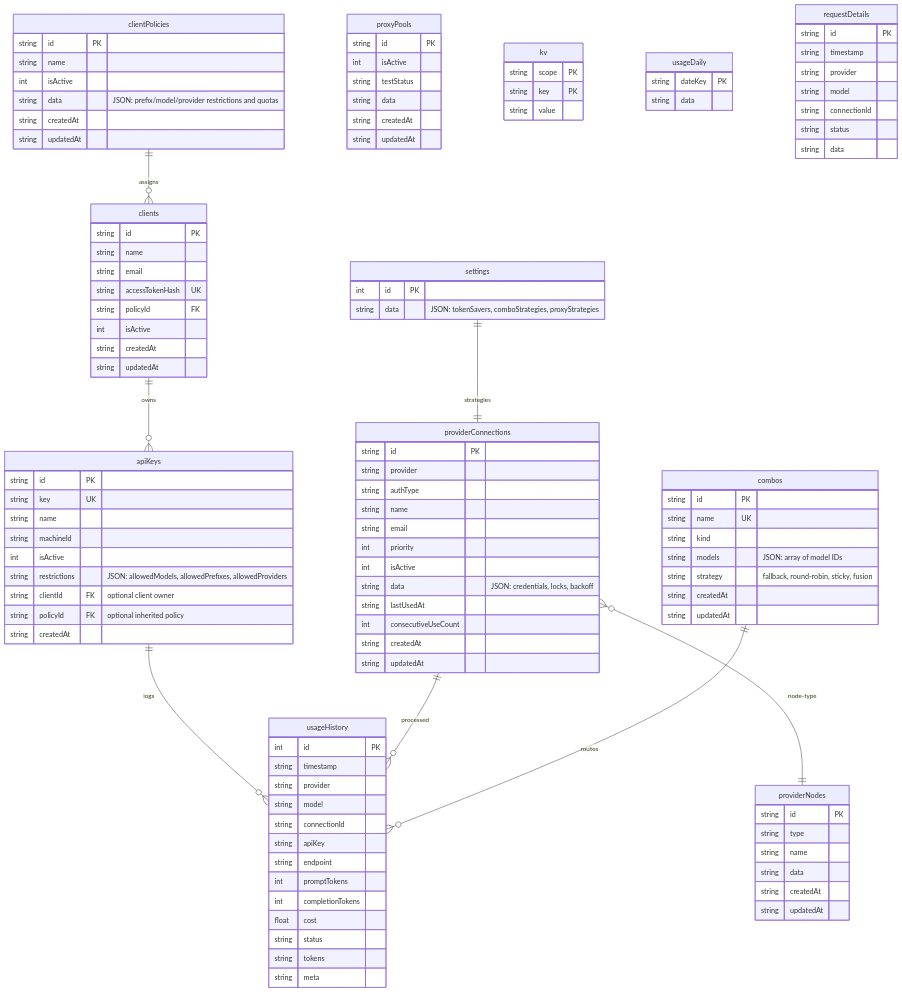
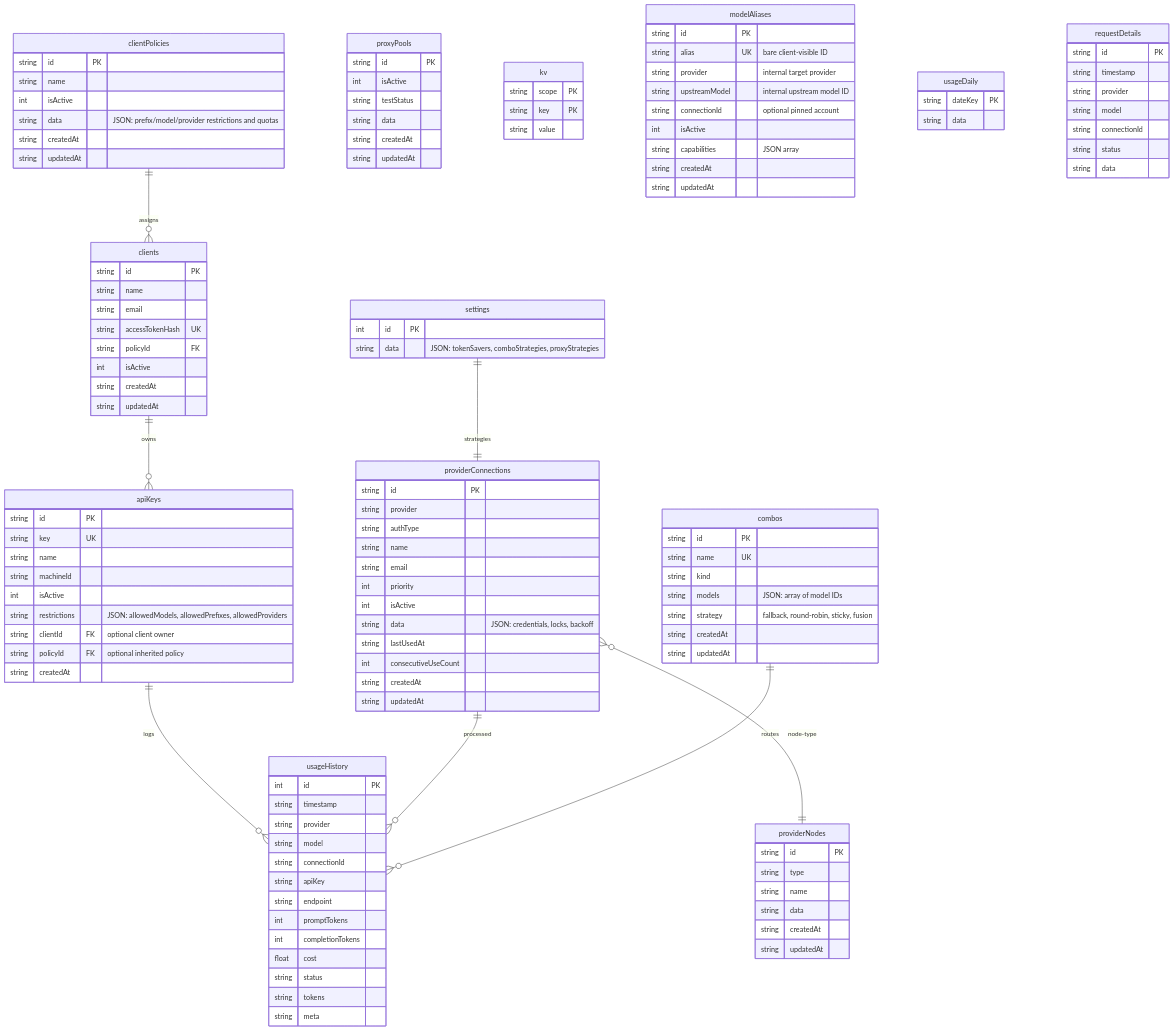
The diagram in docs/DATABASE.md (robiyann/zyrouter-go), drawn with Mermaid before and after one commit. The commit also changed 22 other files, not shown here.

Commit message:
feat: enforce alias-only public model registry

```diff
--- a/docs/DATABASE.md
+++ b/docs/DATABASE.md
@@ -122,6 +122,18 @@
         string value
     }
 
+    modelAliases {
+        string id PK
+        string alias UK "bare client-visible ID"
+        string provider "internal target provider"
+        string upstreamModel "internal upstream model ID"
+        string connectionId "optional pinned account"
+        int isActive
+        string capabilities "JSON array"
+        string createdAt
+        string updatedAt
+    }
+
     usageHistory {
         int id PK
         string timestamp
```
